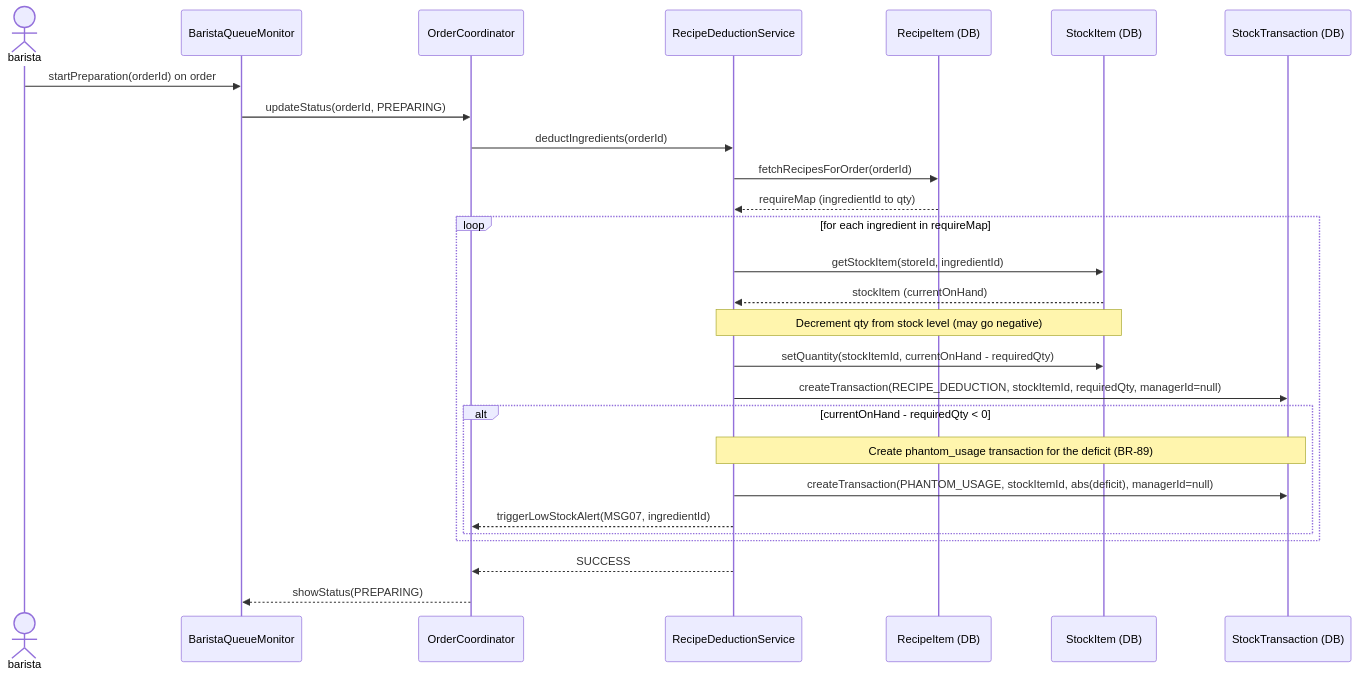
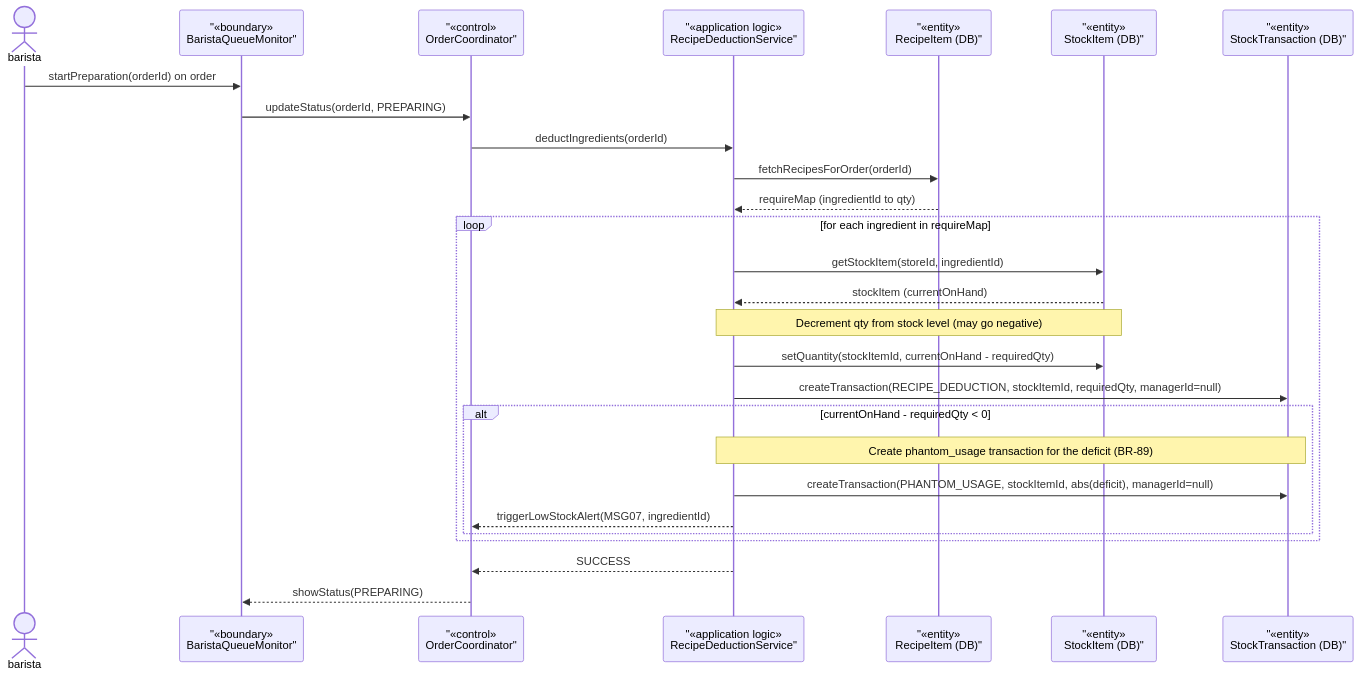
Before and after one commit to Shaichi/Khoga_coffe_shop: the fourth of 4 diagrams in rds_sections/09_detailed_3_6_inventory.md, drawn with Mermaid. The commit also changed other lines of this file and 13 other files, not shown here.

````diff
--- a/rds_sections/09_detailed_3_6_inventory.md
+++ b/rds_sections/09_detailed_3_6_inventory.md
@@ -153,34 +153,34 @@
 ```mermaid
 sequenceDiagram
     actor barista
-    participant BaristaMonitor as BaristaQueueMonitor
-    participant OrderCoord as OrderCoordinator
-    participant RecipeDeductSvc as RecipeDeductionService
-    participant RecipeDB as RecipeItem (DB)
-    participant StockItemDB as StockItem (DB)
-    participant TxDB as StockTransaction (DB)
+participant BaristaMonitor as "«boundary»<br/>BaristaQueueMonitor"
+participant OrderCoord as "«control»<br/>OrderCoordinator"
+participant RecipeDeductSvc as "«application logic»<br/>RecipeDeductionService"
+participant RecipeDB as "«entity»<br/>RecipeItem (DB)"
+participant StockItemDB as "«entity»<br/>StockItem (DB)"
+participant TxDB as "«entity»<br/>StockTransaction (DB)"
 
     barista->>BaristaMonitor: startPreparation(orderId) on order
     BaristaMonitor->>OrderCoord: updateStatus(orderId, PREPARING)
     OrderCoord->>RecipeDeductSvc: deductIngredients(orderId)
     RecipeDeductSvc->>RecipeDB: fetchRecipesForOrder(orderId)
     RecipeDB-->>RecipeDeductSvc: requireMap (ingredientId to qty)
 
     loop for each ingredient in requireMap
         RecipeDeductSvc->>StockItemDB: getStockItem(storeId, ingredientId)
         StockItemDB-->>RecipeDeductSvc: stockItem (currentOnHand)
         
         Note over RecipeDeductSvc, StockItemDB: Decrement qty from stock level (may go negative)
         RecipeDeductSvc->>StockItemDB: setQuantity(stockItemId, currentOnHand - requiredQty)
         RecipeDeductSvc->>TxDB: createTransaction(RECIPE_DEDUCTION, stockItemId, requiredQty, managerId=null)
         
         alt currentOnHand - requiredQty < 0
             Note over RecipeDeductSvc, TxDB: Create phantom_usage transaction for the deficit (BR-89)
             RecipeDeductSvc->>TxDB: createTransaction(PHANTOM_USAGE, stockItemId, abs(deficit), managerId=null)
             RecipeDeductSvc-->>OrderCoord: triggerLowStockAlert(MSG07, ingredientId)
         end
     end
     
     RecipeDeductSvc-->>OrderCoord: SUCCESS
     OrderCoord-->>BaristaMonitor: showStatus(PREPARING)
 ```
````
